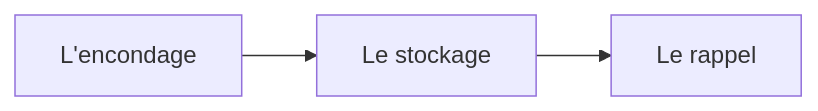
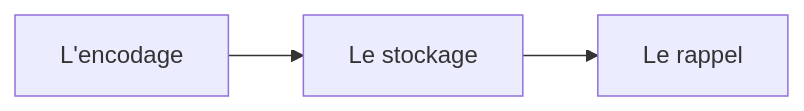
One commit to His0xkaa/blog changed the first of 2 diagrams in content/posts/1713281632734-test/index.md. Above: the diagram before and after it, drawn with Mermaid. The commit also changed other lines of this file and 325 other files, not shown here.

```diff
--- a/content/posts/1713281632734-test/index.md
+++ b/content/posts/1713281632734-test/index.md
@@ -34,5 +34,5 @@
 {{< mermaid >}}
 graph LR;
-A[L'encondage]-->B[Le stockage];
+A[L'encodage]-->B[Le stockage];
 B-->C[Le rappel]
 {{< /mermaid >}}
```
